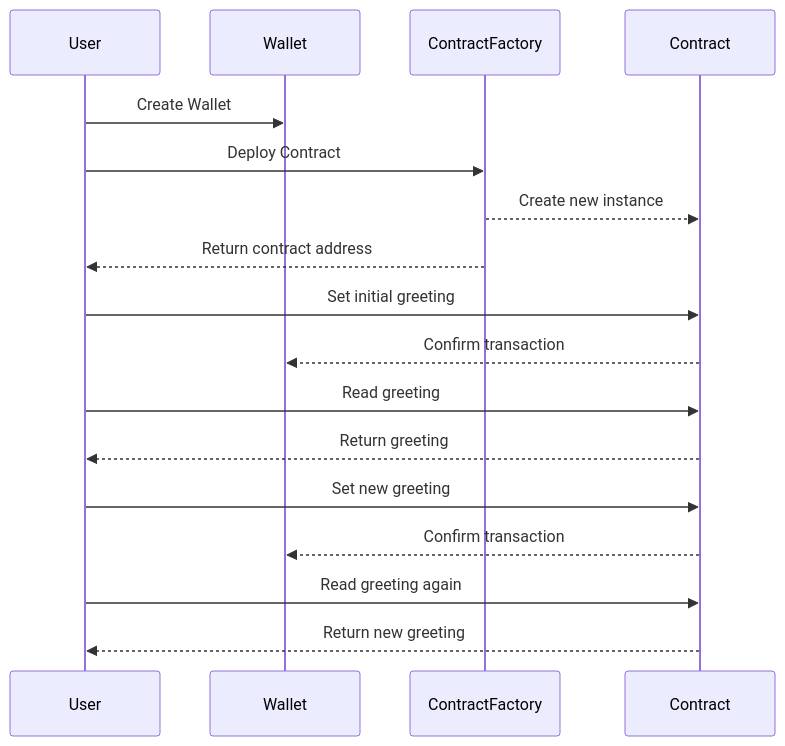
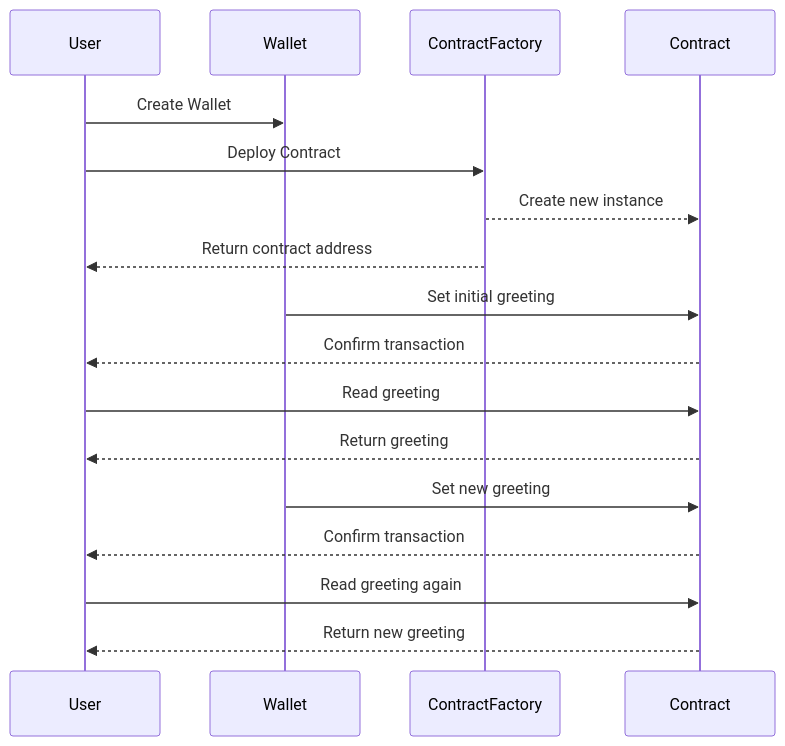
The diagram in README.md (PinataCloud/hello-base), drawn with Mermaid before and after one commit.

````diff
--- a/README.md
+++ b/README.md
@@ -14,20 +14,20 @@
 ```mermaid
 sequenceDiagram
     participant User
     participant Wallet
     participant ContractFactory
     participant Contract
 
     User->>Wallet: Create Wallet
     User->>ContractFactory: Deploy Contract
     ContractFactory-->>Contract: Create new instance
     ContractFactory-->>User: Return contract address
-    User->>Contract: Set initial greeting
-    Contract-->>Wallet: Confirm transaction
+    Wallet->>Contract: Set initial greeting
+    Contract-->>User: Confirm transaction
     User->>Contract: Read greeting
     Contract-->>User: Return greeting
-    User->>Contract: Set new greeting
-    Contract-->>Wallet: Confirm transaction
+    Wallet->>Contract: Set new greeting
+    Contract-->>User: Confirm transaction
     User->>Contract: Read greeting again
     Contract-->>User: Return new greeting
 ```
````
